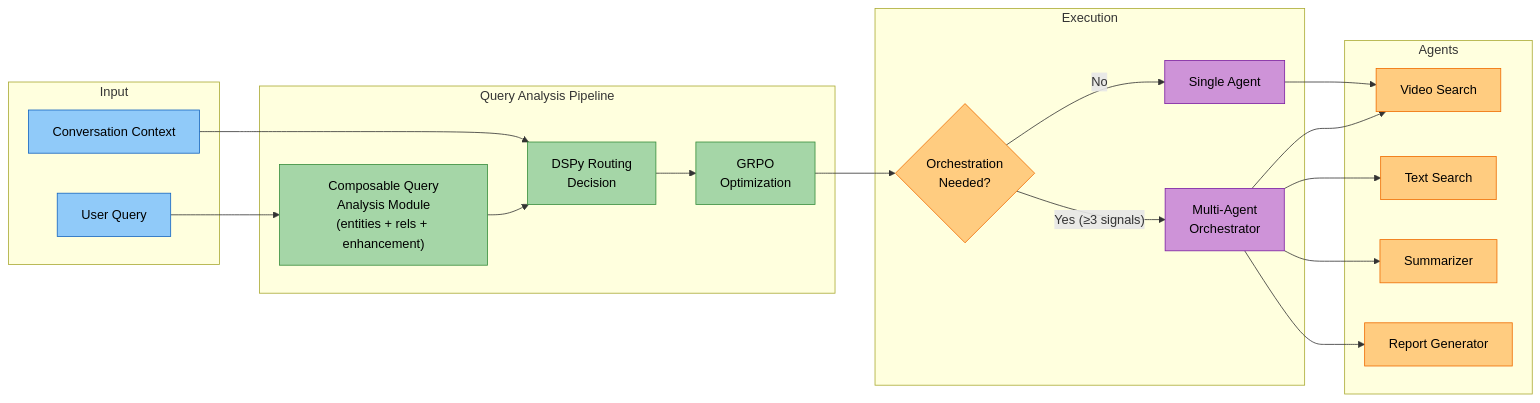
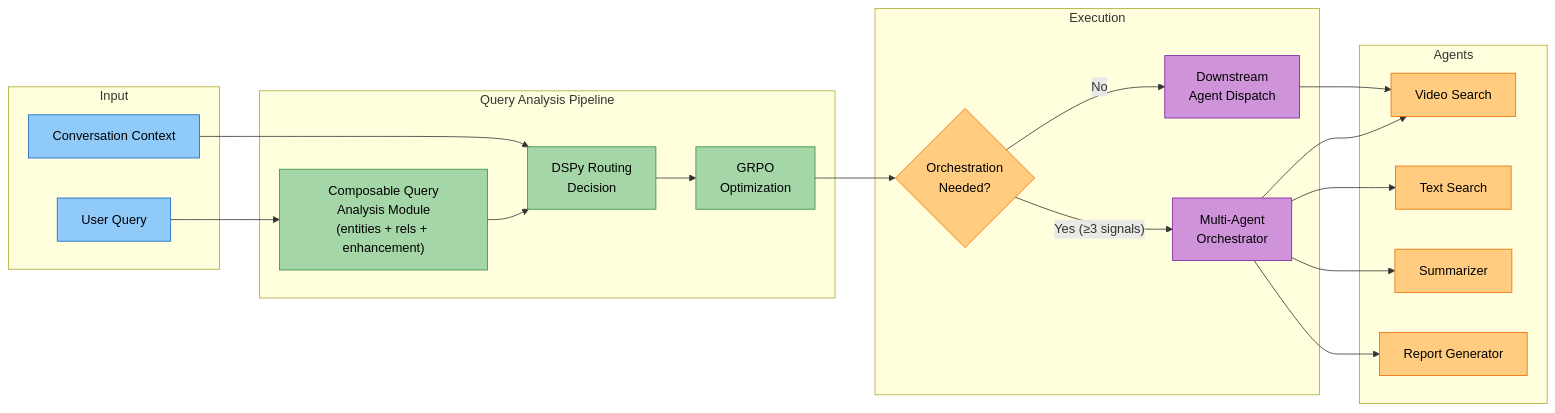
Before and after one commit to amit-jain/cogniverse: the first of 5 diagrams in docs/architecture/intelligent-query-routing.md, drawn with Mermaid. The commit also changed other lines of this file and 5 other files, not shown here.

````diff
--- a/docs/architecture/intelligent-query-routing.md
+++ b/docs/architecture/intelligent-query-routing.md
@@ -19,47 +19,47 @@
 ```mermaid
 graph LR
     subgraph Input
         Q["<span style='color:#000'>User Query</span>"]
         CTX["<span style='color:#000'>Conversation Context</span>"]
     end
 
     subgraph "Query Analysis Pipeline"
         CQA["<span style='color:#000'>Composable Query<br/>Analysis Module<br/>(entities + rels + enhancement)</span>"]
         DSPy["<span style='color:#000'>DSPy Routing<br/>Decision</span>"]
         GRPO["<span style='color:#000'>GRPO<br/>Optimization</span>"]
     end
 
     subgraph "Execution"
         OD{"<span style='color:#000'>Orchestration<br/>Needed?</span>"}
-        SA["<span style='color:#000'>Single Agent</span>"]
+        DDA["<span style='color:#000'>Downstream<br/>Agent Dispatch</span>"]
         MAO["<span style='color:#000'>Multi-Agent<br/>Orchestrator</span>"]
     end
 
     subgraph "Agents"
         VS["<span style='color:#000'>Video Search</span>"]
         TS["<span style='color:#000'>Text Search</span>"]
         SUM["<span style='color:#000'>Summarizer</span>"]
         RPT["<span style='color:#000'>Report Generator</span>"]
     end
 
     Q --> CQA
     CTX --> DSPy
     CQA --> DSPy --> GRPO
     GRPO --> OD
-    OD -- "No" --> SA --> VS
+    OD -- "No" --> DDA --> VS
     OD -- "Yes (≥3 signals)" --> MAO
     MAO --> VS & TS & SUM & RPT
 
     style Q fill:#90caf9,stroke:#1565c0,color:#000
     style CTX fill:#90caf9,stroke:#1565c0,color:#000
     style CQA fill:#a5d6a7,stroke:#388e3c,color:#000
     style DSPy fill:#a5d6a7,stroke:#388e3c,color:#000
     style GRPO fill:#a5d6a7,stroke:#388e3c,color:#000
     style OD fill:#ffcc80,stroke:#ef6c00,color:#000
-    style SA fill:#ce93d8,stroke:#7b1fa2,color:#000
+    style DDA fill:#ce93d8,stroke:#7b1fa2,color:#000
     style MAO fill:#ce93d8,stroke:#7b1fa2,color:#000
     style VS fill:#ffcc80,stroke:#ef6c00,color:#000
     style TS fill:#ffcc80,stroke:#ef6c00,color:#000
     style SUM fill:#ffcc80,stroke:#ef6c00,color:#000
     style RPT fill:#ffcc80,stroke:#ef6c00,color:#000
 ```
````
